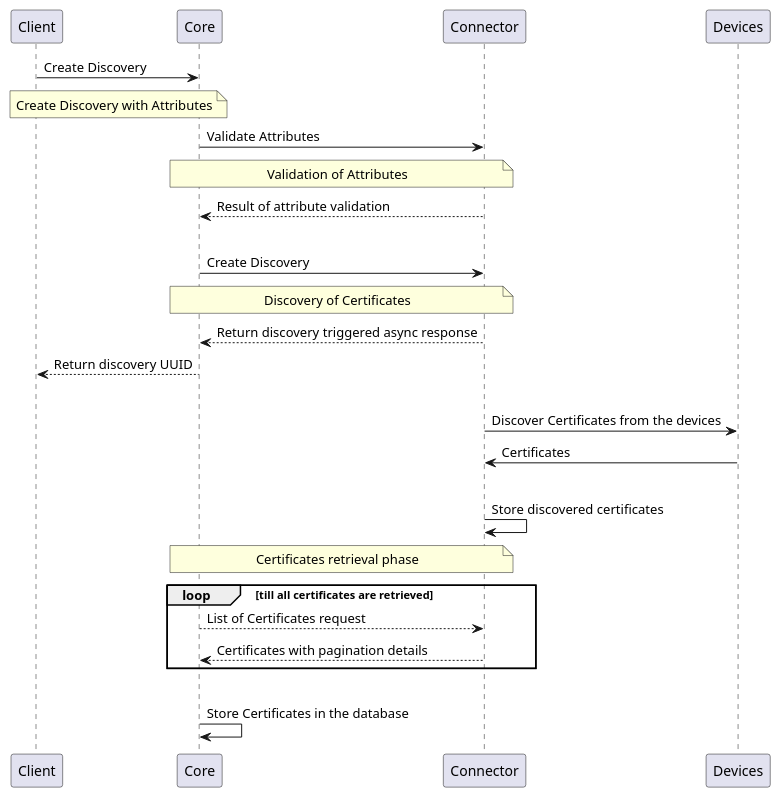
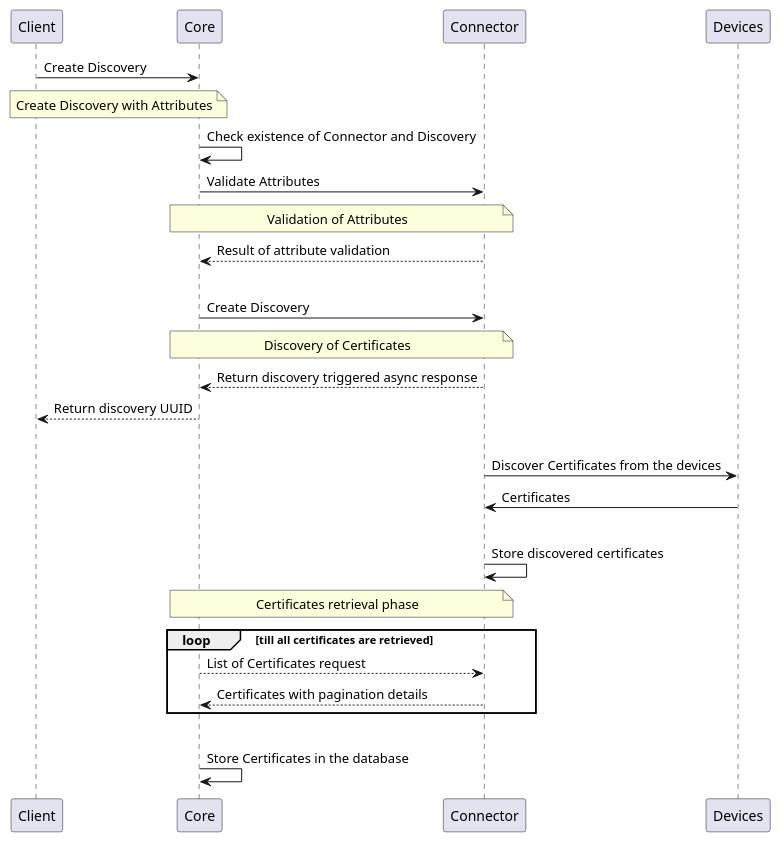
One commit to CZERTAINLY/CZERTAINLY-Documentation changed the first of 3 diagrams in docs/12-connectors/05-description/50-discovery-provider.md. Above: the diagram before and after it, drawn with PlantUML. The commit also changed other lines of this file and 4 other files, not shown here.

````diff
--- a/docs/12-connectors/05-description/50-discovery-provider.md
+++ b/docs/12-connectors/05-description/50-discovery-provider.md
@@ -32,27 +31,28 @@
 ```plantuml
     @startuml
     skinparam topurl https://docs.czertainly.com/api/
         Client -> Core [[core-discovery/#tag/Discovery-Management-API/operation/createDiscovery]]: Create Discovery
         note over Client,Core: Create Discovery with Attributes
+        Core->Core: Check existence of Connector and Discovery
         Core -> Connector [[connector-discovery-provider/#tag/Attributes-API/operation/validateAttributes]]: Validate Attributes
         note over Core,Connector: Validation of Attributes
         Connector --> Core: Result of attribute validation
         |||
         Core -> Connector [[connector-discovery-provider/#tag/Discovery-API/operation/discoverCertificate]]: Create Discovery
         note over Core,Connector: Discovery of Certificates
         Connector --> Core: Return discovery triggered async response
         Core --> Client: Return discovery UUID
         |||
         Connector -> Devices : Discover Certificates from the devices
         Devices -> Connector : Certificates
         |||
         Connector -> Connector: Store discovered certificates
         note over Core, Connector: Certificates retrieval phase
         loop till all certificates are retrieved
             Core --> Connector [[connector-discovery-provider/#tag/Discovery-API/operation/getDiscovery]]: List of Certificates request
             Connector --> Core: Certificates with pagination details
         end
         |||
         Core -> Core: Store Certificates in the database
     @enduml
 ```
````
